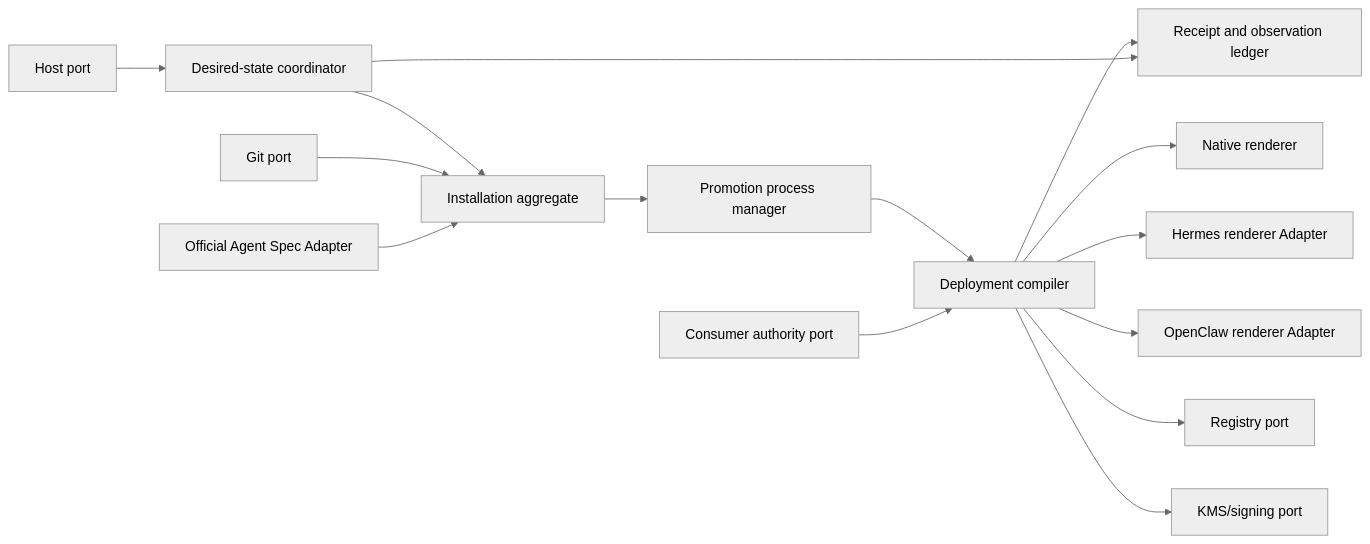
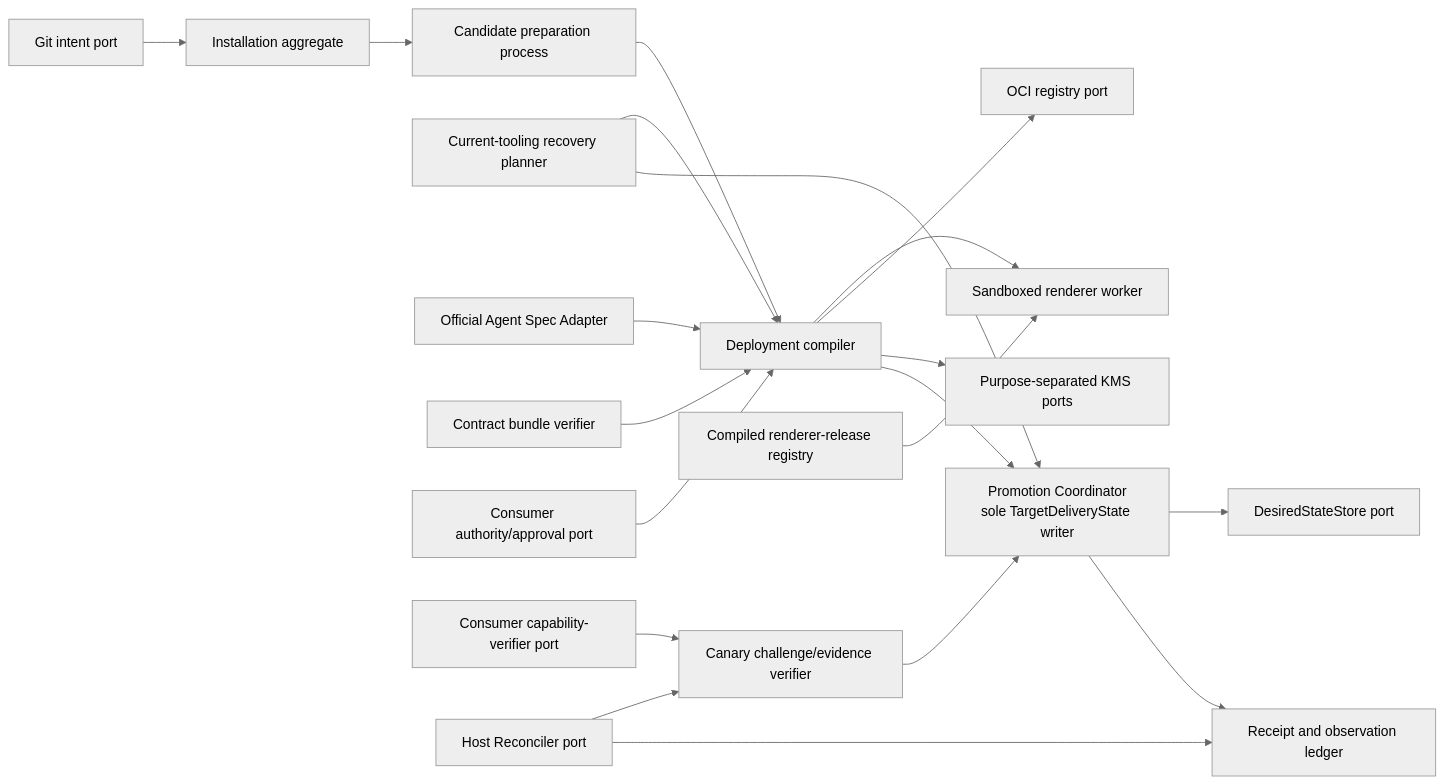
Before and after one commit to ByteDeskAI/bytedesk-agent-delivery: the third of 3 diagrams in docs/architecture/c4.md, drawn with Mermaid (neutral theme). The commit also changed other lines of this file and 64 other files, not shown here.

Commit message:
docs: freeze agent delivery architecture

````diff
--- a/docs/architecture/c4.md
+++ b/docs/architecture/c4.md
@@ -66,32 +80,41 @@
 ```mermaid
 flowchart LR
   Installation[Installation aggregate]
-  Promotion[Promotion process manager]
+  Candidate[Candidate preparation process]
+  Promotion[Promotion Coordinator\nsole TargetDeliveryState writer]
   Deployment[Deployment compiler]
-  Receipt[Receipt and observation ledger]
-  Reconcile[Desired-state coordinator]
-  GitPort[Git port]
+  Canary[Canary challenge/evidence verifier]
+  Recovery[Current-tooling recovery planner]
+  Ledger[Receipt and observation ledger]
+  Desired[DesiredStateStore port]
+  GitPort[Git intent port]
   AgentSpec[Official Agent Spec Adapter]
-  Native[Native renderer]
-  Hermes[Hermes renderer Adapter]
-  OpenClaw[OpenClaw renderer Adapter]
-  RegistryPort[Registry port]
-  KmsPort[KMS/signing port]
-  ConsumerPort[Consumer authority port]
-  HostPort[Host port]
+  ContractVerifier[Contract bundle verifier]
+  Registry[Compiled renderer-release registry]
+  RenderWorker[Sandboxed renderer worker]
+  RegistryPort[OCI registry port]
+  KmsPort[Purpose-separated KMS ports]
+  Authority[Consumer authority/approval port]
+  Capability[Consumer capability-verifier port]
+  Host[Host Reconciler port]
 
-  Installation --> Promotion
-  Promotion --> Deployment
-  Deployment --> Receipt
-  Reconcile --> Installation
-  Reconcile --> Receipt
   GitPort --> Installation
-  AgentSpec --> Installation
-  Deployment --> Native
-  Deployment --> Hermes
-  Deployment --> OpenClaw
+  Installation --> Candidate
+  Candidate --> Deployment
+  AgentSpec --> Deployment
+  ContractVerifier --> Deployment
+  Authority --> Deployment
+  Registry --> RenderWorker
+  Deployment --> RenderWorker
   Deployment --> RegistryPort
   Deployment --> KmsPort
-  ConsumerPort --> Deployment
-  HostPort --> Reconcile
+  Deployment --> Promotion
+  Capability --> Canary
+  Host --> Canary
+  Canary --> Promotion
+  Recovery --> Deployment
+  Recovery --> Promotion
+  Promotion --> Desired
+  Promotion --> Ledger
+  Host --> Ledger
 ```
````
